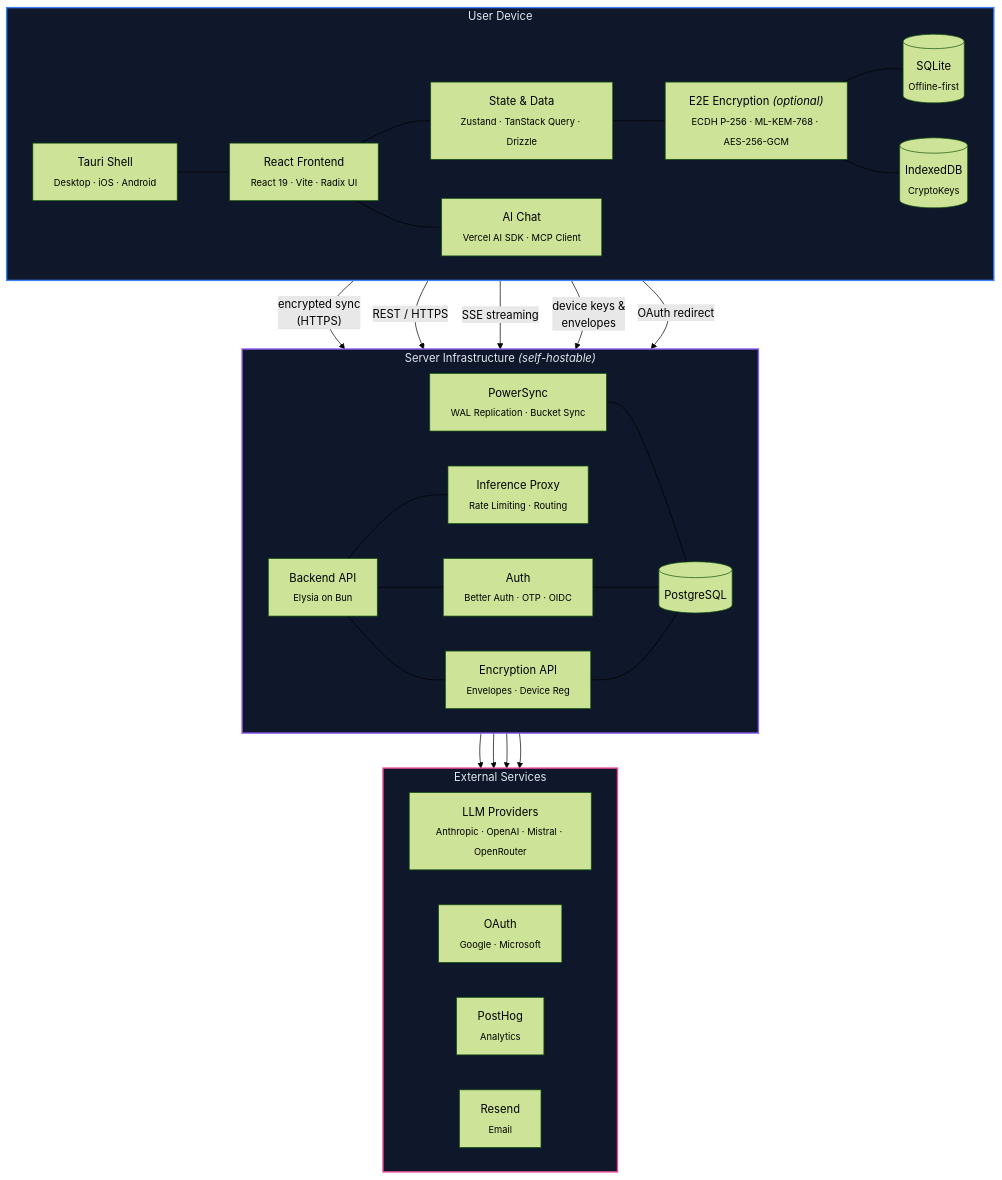
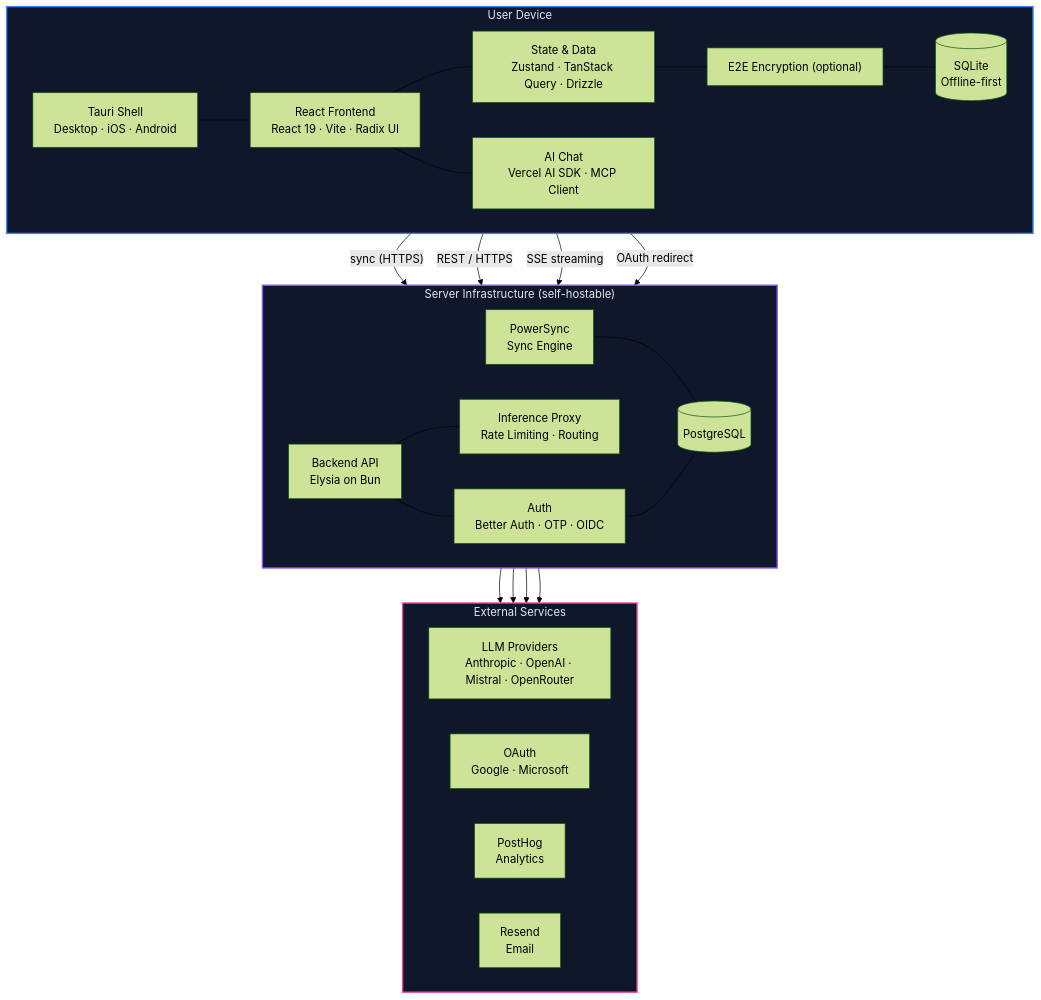
Before and after one commit to thunderbird/thunderbolt: the diagram in docs/architecture.md, drawn with Mermaid (forest theme). The commit also changed other lines of this file and 1 other file, not shown here.

First line of the commit message:
docs: simplify architecture and encryption documentation

````diff
--- a/docs/architecture.md
+++ b/docs/architecture.md
@@ -3,60 +3,54 @@
 ```mermaid
 graph TB
   subgraph LOCAL["User Device"]
     direction LR
-    TAURI["Tauri Shell<br/><sub>Desktop · iOS · Android</sub>"]
-    UI["React Frontend<br/><sub>React 19 · Vite · Radix UI</sub>"]
-    STATE["State & Data<br/><sub>Zustand · TanStack Query · Drizzle</sub>"]
-    AI["AI Chat<br/><sub>Vercel AI SDK · MCP Client</sub>"]
-    CRYPTO["E2E Encryption <i>(optional)</i><br/><sub>ECDH P-256 · ML-KEM-768 · AES-256-GCM</sub>"]
-    SQLITE[("SQLite<br/><sub>Offline-first</sub>")]
-    KEYSTORE[("IndexedDB<br/><sub>CryptoKeys</sub>")]
+    TAURI["Tauri Shell<br/>Desktop · iOS · Android"]
+    UI["React Frontend<br/>React 19 · Vite · Radix UI"]
+    STATE["State & Data<br/>Zustand · TanStack Query · Drizzle"]
+    AI["AI Chat<br/>Vercel AI SDK · MCP Client"]
+    CRYPTO["E2E Encryption (optional)"]
+    SQLITE[("SQLite<br/>Offline-first")]
 
     TAURI --- UI
     UI --- STATE
     UI --- AI
     STATE --- CRYPTO
     CRYPTO --- SQLITE
-    CRYPTO --- KEYSTORE
   end
 
-  subgraph SERVER["Server Infrastructure <i>(self-hostable)</i>"]
+  subgraph SERVER["Server Infrastructure (self-hostable)"]
     direction LR
-    API["Backend API<br/><sub>Elysia on Bun</sub>"]
-    AUTH["Auth<br/><sub>Better Auth · OTP · OIDC</sub>"]
-    INFERENCE["Inference Proxy<br/><sub>Rate Limiting · Routing</sub>"]
-    ENCRYPT_API["Encryption API<br/><sub>Envelopes · Device Reg</sub>"]
-    PS["PowerSync<br/><sub>WAL Replication · Bucket Sync</sub>"]
+    API["Backend API<br/>Elysia on Bun"]
+    AUTH["Auth<br/>Better Auth · OTP · OIDC"]
+    INFERENCE["Inference Proxy<br/>Rate Limiting · Routing"]
+    PS["PowerSync<br/>Sync Engine"]
     PG[("PostgreSQL")]
 
     API --- AUTH
     API --- INFERENCE
-    API --- ENCRYPT_API
     PS --- PG
     AUTH --- PG
-    ENCRYPT_API --- PG
   end
 
   subgraph EXTERNAL["External Services"]
     direction LR
-    LLM["LLM Providers<br/><sub>Anthropic · OpenAI · Mistral · OpenRouter</sub>"]
-    OAUTH["OAuth<br/><sub>Google · Microsoft</sub>"]
-    POSTHOG["PostHog<br/><sub>Analytics</sub>"]
-    RESEND["Resend<br/><sub>Email</sub>"]
+    LLM["LLM Providers<br/>Anthropic · OpenAI · Mistral · OpenRouter"]
+    OAUTH["OAuth<br/>Google · Microsoft"]
+    POSTHOG["PostHog<br/>Analytics"]
+    RESEND["Resend<br/>Email"]
   end
 
-  STATE -- "encrypted sync<br/>(HTTPS)" --> PS
+  STATE -- "sync (HTTPS)" --> PS
   STATE -- "REST / HTTPS" --> API
   AI -- "SSE streaming" --> INFERENCE
-  CRYPTO -- "device keys &<br/>envelopes" --> ENCRYPT_API
   UI -- "OAuth redirect" --> AUTH
 
   INFERENCE --> LLM
   AUTH --> OAUTH
   API --> POSTHOG
   API --> RESEND
 
   style LOCAL fill:#0f172a,stroke:#3b82f6,stroke-width:2px,color:#e2e8f0
   style SERVER fill:#0f172a,stroke:#8b5cf6,stroke-width:2px,color:#e2e8f0
   style EXTERNAL fill:#0f172a,stroke:#ec4899,stroke-width:2px,color:#e2e8f0
 ```
````
